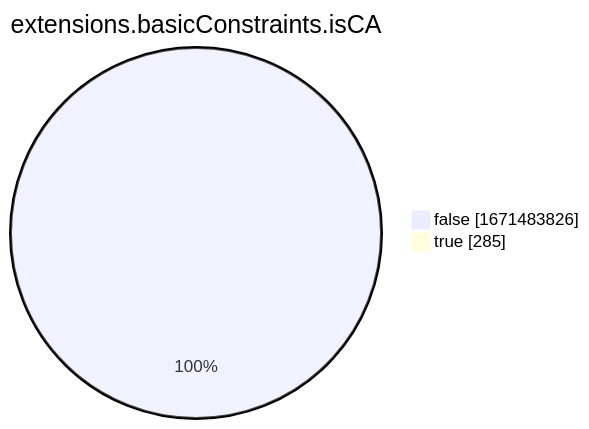
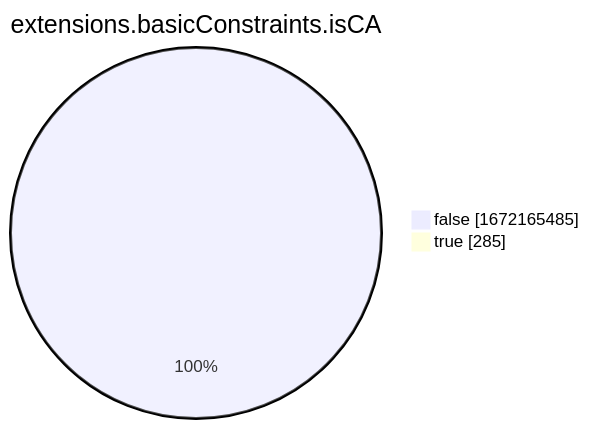
One commit to christiankrug/ctmonitor_visualization changed the eighth of 15 diagrams in xenon2022/README.md. Above: the diagram before and after it, drawn with Mermaid. The commit also changed other lines of this file, not shown here.

````diff
--- a/xenon2022/README.md
+++ b/xenon2022/README.md
@@ -2865,6 +2865,6 @@
 ```mermaid
 pie showData
 title extensions.basicConstraints.isCA
-"false" :1671483826
+"false" :1672165485
 "true" :285
 ```
````
